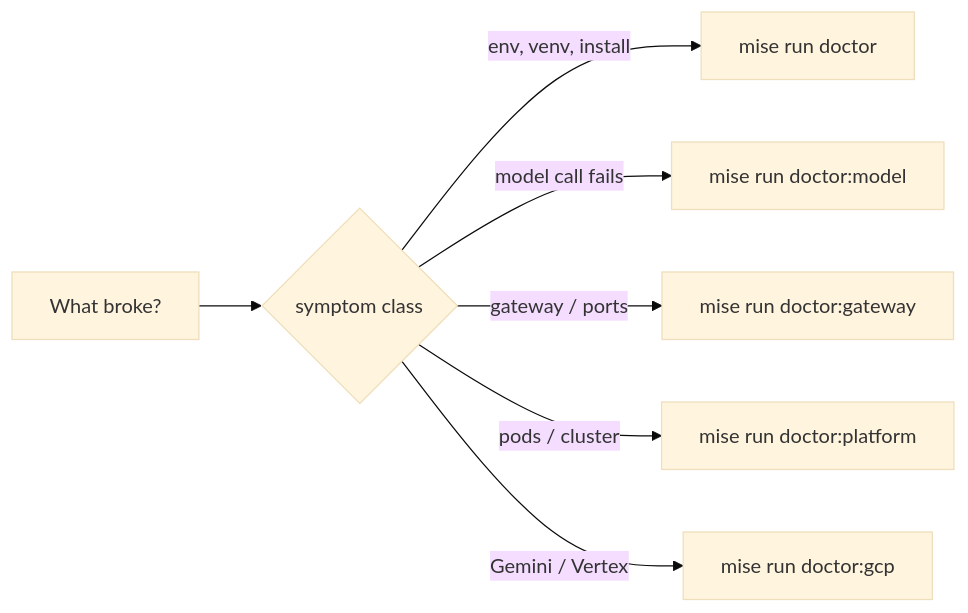
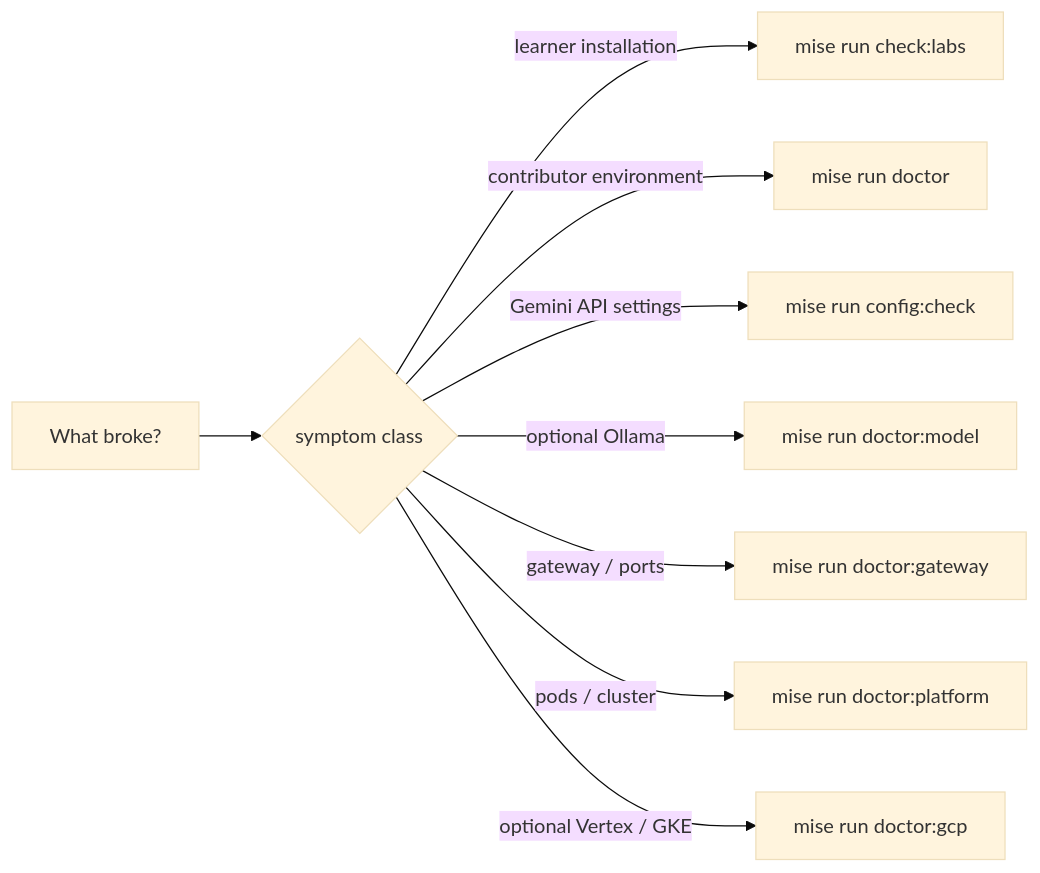
Before and after one commit to MLOps-Courses/agentops-open-course: the diagram in docs/0. Overview/0.6. Troubleshooting.md, drawn with Mermaid (base theme). The commit also changed other lines of this file and 109 other files, not shown here.

````diff
--- a/docs/0. Overview/0.6. Troubleshooting.md
+++ b/docs/0. Overview/0.6. Troubleshooting.md
@@ -38,9 +38,11 @@
 ```mermaid
 flowchart LR
     Sy["What broke?"] --> E{"symptom class"}
-    E -->|env, venv, install| D0["mise run doctor"]
-    E -->|model call fails| DM["mise run doctor:model"]
+    E -->|learner installation| L["mise run check:labs"]
+    E -->|contributor environment| D0["mise run doctor"]
+    E -->|Gemini API settings| C["mise run config:check"]
+    E -->|optional Ollama| DM["mise run doctor:model"]
     E -->|gateway / ports| DG["mise run doctor:gateway"]
     E -->|pods / cluster| DP["mise run doctor:platform"]
-    E -->|Gemini / Vertex| DC["mise run doctor:gcp"]
+    E -->|optional Vertex / GKE| DC["mise run doctor:gcp"]
 ```
````
